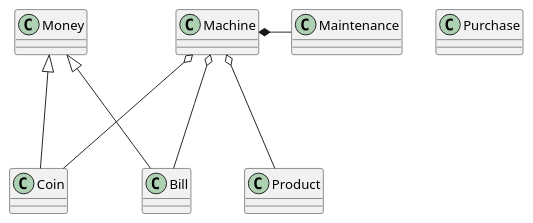
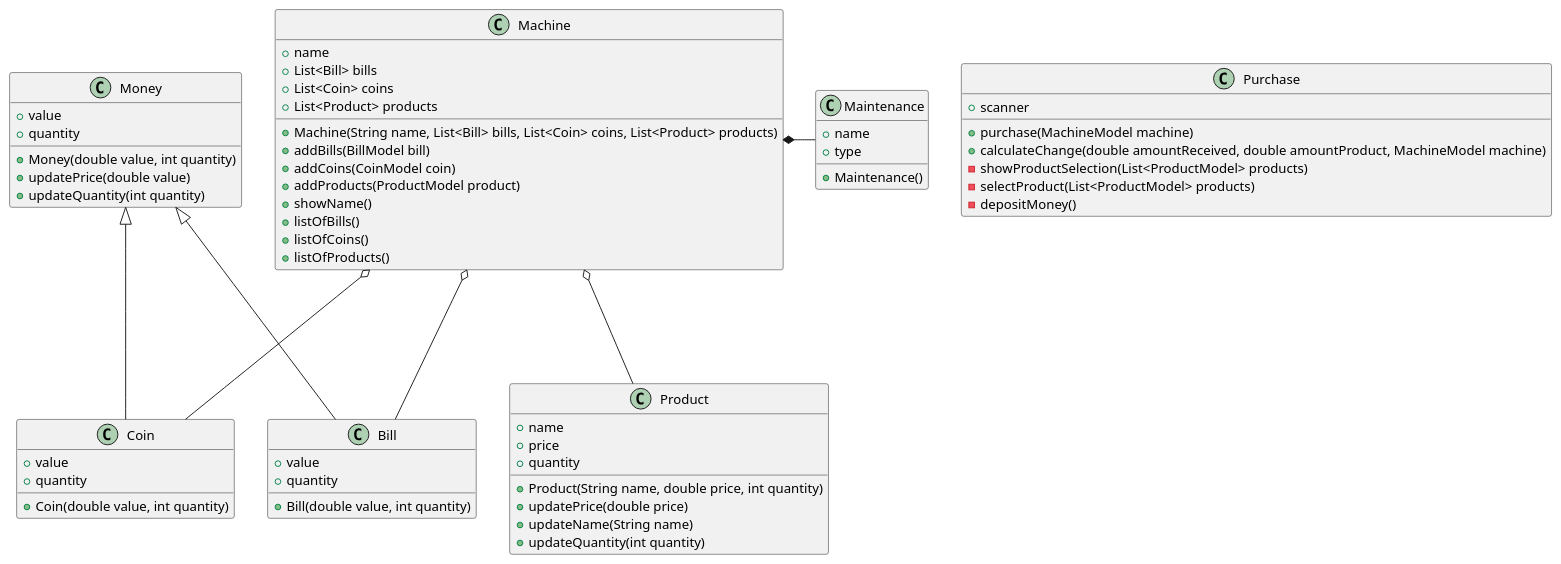
The diagram in Mrs_Gts/class-diagram/class.plantuml (eabol/awesome-projects-prograii), drawn with PlantUML before and after one commit. The commit also changed 9 other files, not shown here.

Commit message:
Feature: Creation diagrams and file readme

```diff
--- a/Mrs_Gts/class-diagram/class.plantuml
+++ b/Mrs_Gts/class-diagram/class.plantuml
@@ -1,32 +1,78 @@
-@startuml Diagram-Class-VendingMachine
+@startuml domain-model
 
 class Machine {
+    + name
+    + List<Bill> bills
+    + List<Coin> coins
+    + List<Product> products
+
+    + Machine(String name, List<Bill> bills, List<Coin> coins, List<Product> products)
+    + addBills(BillModel bill)
+    + addCoins(CoinModel coin)
+    + addProducts(ProductModel product)
+    + showName()
+    + listOfBills()
+    + listOfCoins()
+    + listOfProducts()
 }
 
 class Bill {
+    + value
+    + quantity
+
+    + Bill(double value, int quantity)
 }
 
 class Coin {
+    + value
+    + quantity
+
+    + Coin(double value, int quantity)
 }
 
 class Product {
+    + name
+    + price
+    + quantity
+
+    + Product(String name, double price, int quantity)
+    + updatePrice(double price)
+    + updateName(String name)
+    + updateQuantity(int quantity)
 }
 
 class Money {
+    + value
+    + quantity
+
+    + Money(double value, int quantity)
+    + updatePrice(double value)
+    + updateQuantity(int quantity)
 }
 
 class Maintenance {
+    + name
+    + type
+
+    + Maintenance()
 }
 
 class Purchase {
+    + scanner
+
+    + purchase(MachineModel machine)
+    + calculateChange(double amountReceived, double amountProduct, MachineModel machine)
+    - showProductSelection(List<ProductModel> products)
+    - selectProduct(List<ProductModel> products)
+    - depositMoney()
 }
 
 Machine *--r Maintenance
 Machine o--- Product
 Machine o--- Bill
 Machine o--- Coin
 
 Money <|--- Bill
 Money <|--- Coin
 
 @enduml
```
